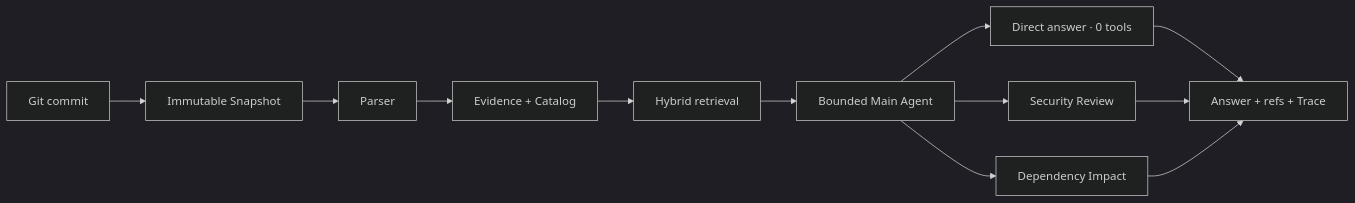
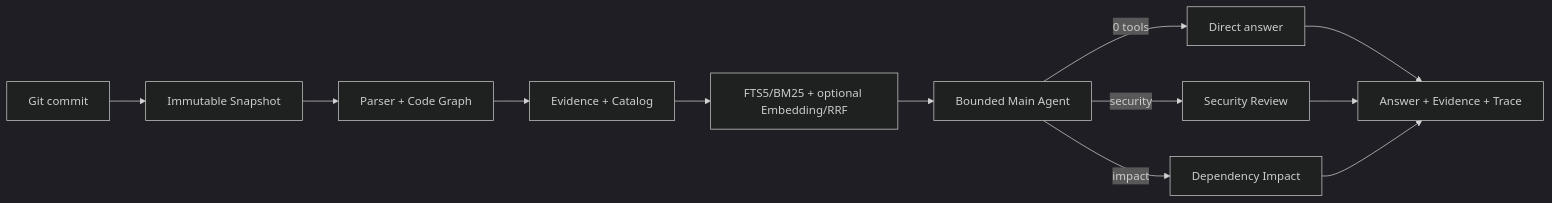
Before and after one commit to sail0kevin/Repository-Mind: the diagram in README.en.md, drawn with Mermaid (dark theme). The commit also changed other lines of this file and 28 other files, not shown here.

````diff
--- a/README.en.md
+++ b/README.en.md
@@ -16,12 +90,14 @@
 ```mermaid
 flowchart LR
-  A[Git commit] --> B[Immutable Snapshot] --> C[Parser] --> D[Evidence + Catalog]
-  D --> E[Hybrid retrieval]
-  E --> F[Bounded Main Agent]
-  F --> G[Direct answer · 0 tools]
-  F --> H[Security Review]
-  F --> I[Dependency Impact]
-  G --> J[Answer + refs + Trace]
+  A["Git commit"] --> B["Immutable Snapshot"]
+  B --> C["Parser + Code Graph"]
+  C --> D["Evidence + Catalog"]
+  D --> E["FTS5/BM25 + optional Embedding/RRF"]
+  E --> F["Bounded Main Agent"]
+  F -->|"0 tools"| G["Direct answer"]
+  F -->|"security"| H["Security Review"]
+  F -->|"impact"| I["Dependency Impact"]
+  G --> J["Answer + Evidence + Trace"]
   H --> J
   I --> J
 ```
````
